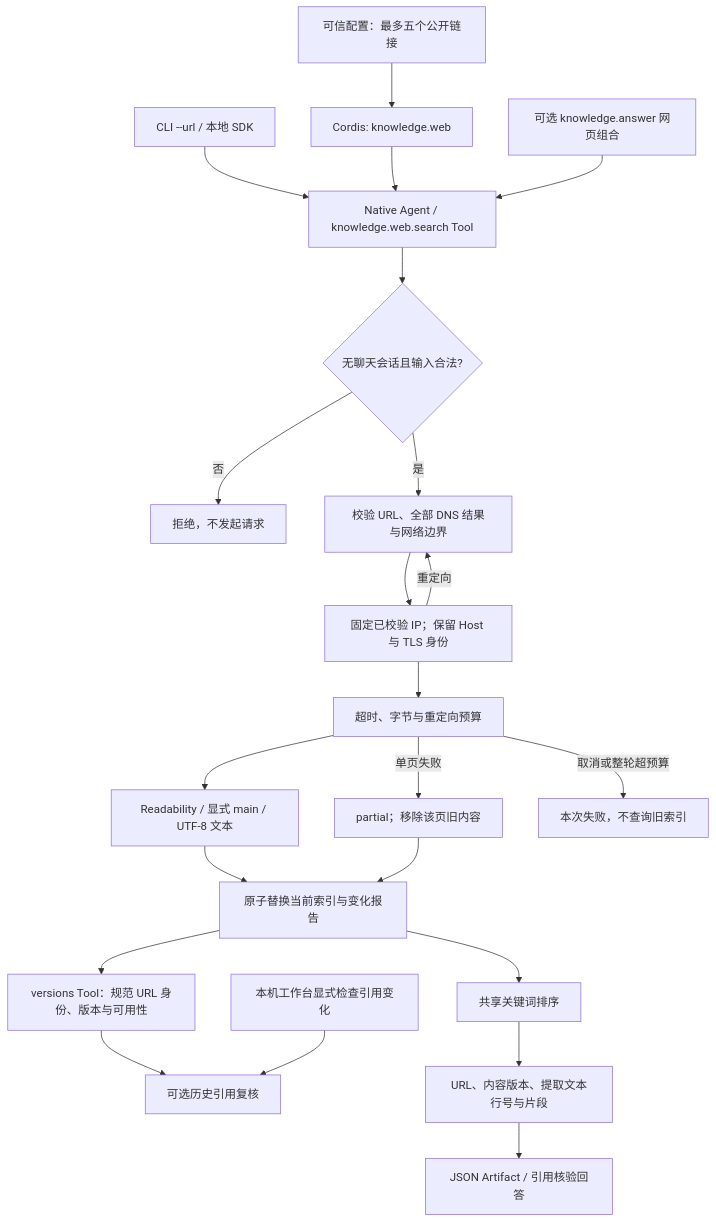
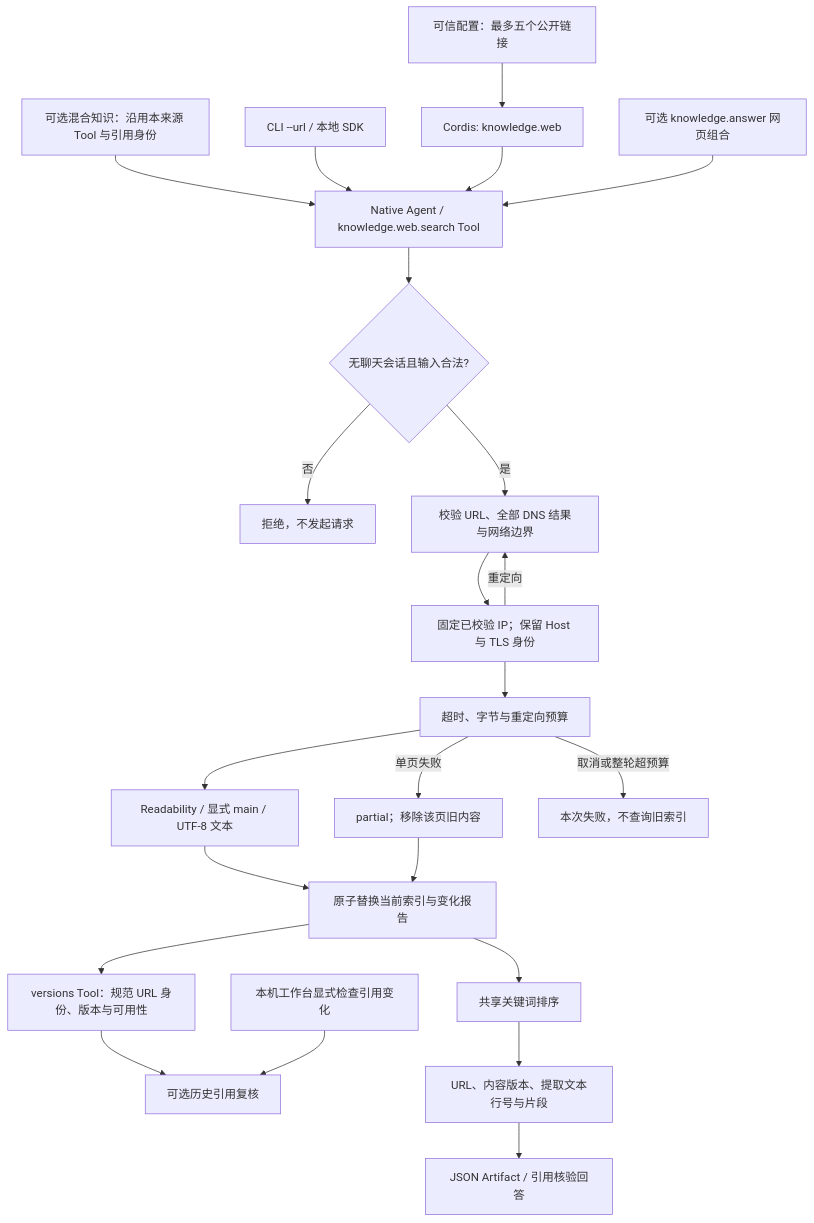
The first of 2 diagrams in backend/src/knowledge/web/FEATURE.md (KlayPeter/AI-Delivery-Ops-Agent), drawn with Mermaid before and after one commit. The commit also changed other lines of this file and 49 other files, not shown here.

````diff
--- a/backend/src/knowledge/web/FEATURE.md
+++ b/backend/src/knowledge/web/FEATURE.md
@@ -22,24 +22,25 @@
 ```mermaid
 flowchart TD
+    MIX[可选混合知识：沿用本来源 Tool 与引用身份] --> N
     C[可信配置：最多五个公开链接] --> P[Cordis: knowledge.web]
     U[CLI --url / 本地 SDK] --> N[Native Agent / knowledge.web.search Tool]
     P --> N
     A[可选 knowledge.answer 网页组合] --> N
     N --> S{无聊天会话且输入合法?}
     S -- 否 --> X[拒绝，不发起请求]
     S -- 是 --> V[校验 URL、全部 DNS 结果与网络边界]
     V --> H[固定已校验 IP；保留 Host 与 TLS 身份]
     H -- 重定向 --> V
     H --> B[超时、字节与重定向预算]
     B --> E[Readability / 显式 main / UTF-8 文本]
     E --> I[原子替换当前索引与变化报告]
     B -- 单页失败 --> F[partial；移除该页旧内容]
     F --> I
     B -- 取消或整轮超预算 --> Z[本次失败，不查询旧索引]
     I --> VT[versions Tool：规范 URL 身份、版本与可用性]
     VT --> IC[可选历史引用复核]
     UI[本机工作台显式检查引用变化] --> IC
     I --> Q[共享关键词排序]
     Q --> R[URL、内容版本、提取文本行号与片段]
     R --> O[JSON Artifact / 引用核验回答]
 ```
````
